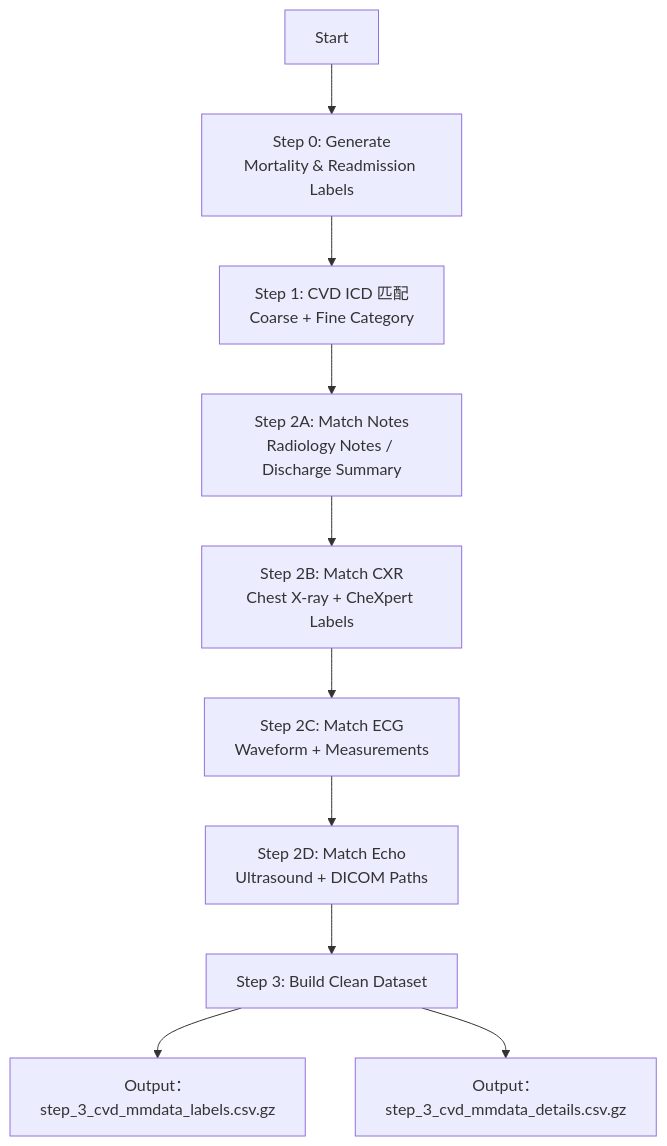
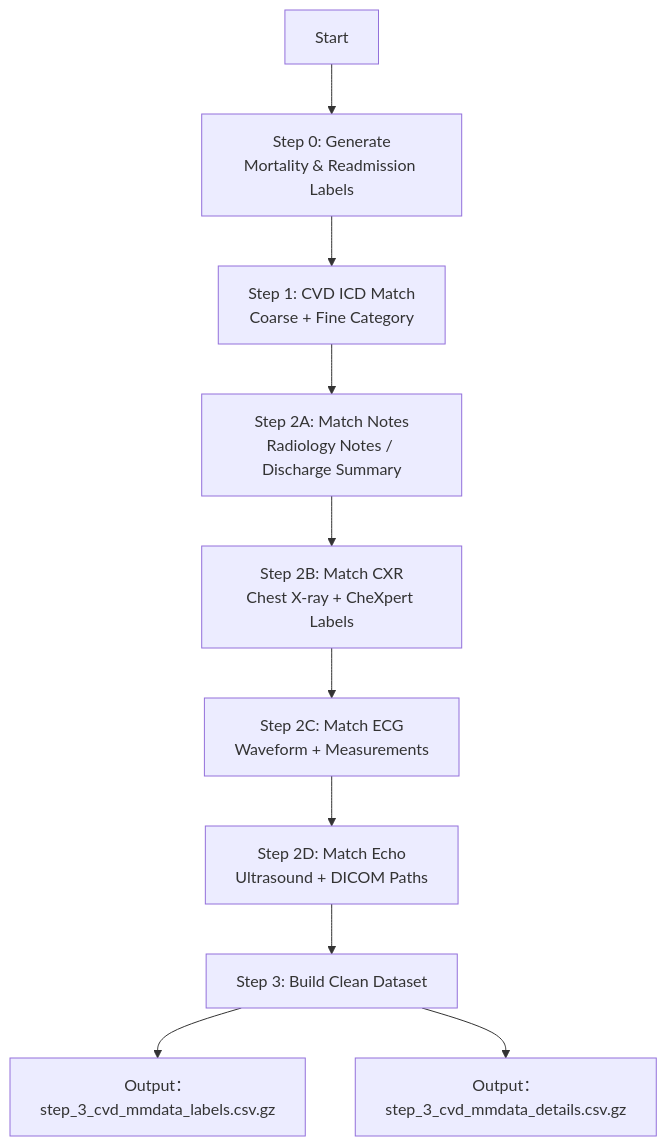
One commit to fdong-pcl/MIMIC-CVM changed the diagram in README.md. Above: the diagram before and after it, drawn with Mermaid.

````diff
--- a/README.md
+++ b/README.md
@@ -310,22 +310,22 @@
 ```mermaid
 flowchart TD
     A0[Start] --> S0[Step 0: Generate
 Mortality & Readmission Labels]
 
-    S0 --> S1[Step 1: CVD ICD 匹配
+    S0 --> S1[Step 1: CVD ICD Match
 Coarse + Fine Category]
 
     S1 --> S2A[Step 2A: Match Notes
 Radiology Notes / Discharge Summary]
     S2A --> S2B[Step 2B: Match CXR
 Chest X-ray + CheXpert Labels]
     S2B --> S2C[Step 2C: Match ECG
 Waveform + Measurements]
     S2C --> S2D[Step 2D: Match Echo
 Ultrasound + DICOM Paths]
 
     S2D --> S3[Step 3: Build Clean Dataset]
 
     S3 --> OUT1[Output：step_3_cvd_mmdata_labels.csv.gz]
     S3 --> OUT2[Output：step_3_cvd_mmdata_details.csv.gz]
 ```
````
